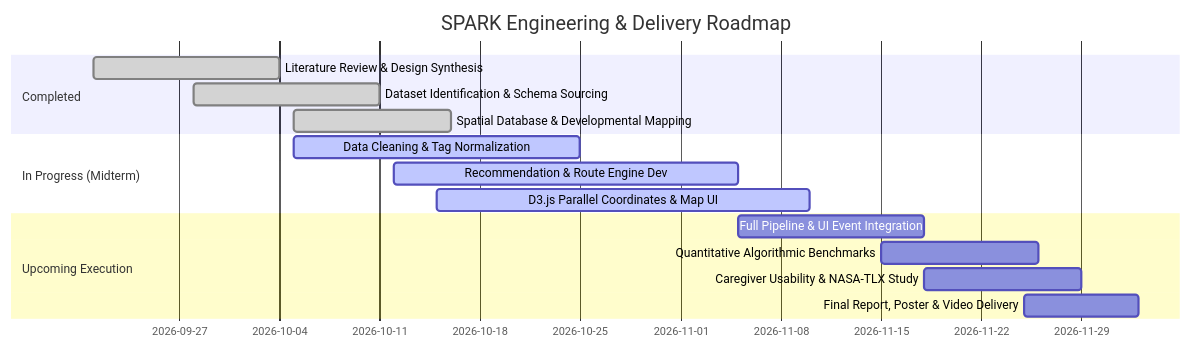
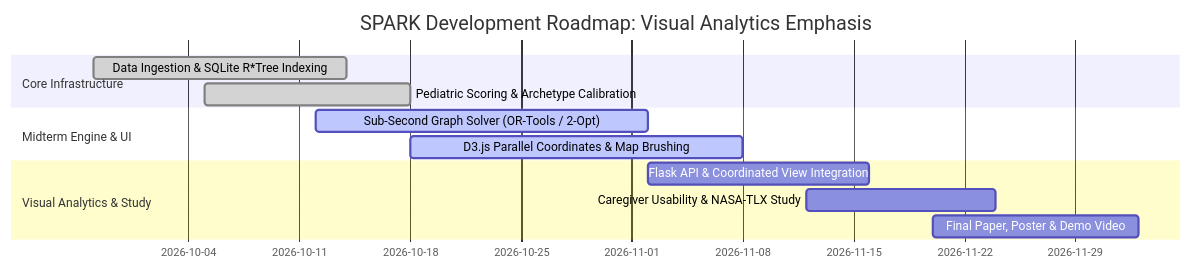
One commit to manoj-android/cse-6242-project changed the third of 3 diagrams in projectwork/docs/progress_report.md. Above: the diagram before and after it, drawn with Mermaid. The commit also changed other lines of this file and 1 other file, not shown here.

Commit message:
updated progress report

````diff
--- a/projectwork/docs/progress_report.md
+++ b/projectwork/docs/progress_report.md
@@ -236,18 +191,15 @@
 ```mermaid
 gantt
     dateFormat  YYYY-MM-DD
-    title SPARK Engineering & Delivery Roadmap
-    section Completed
-    Literature Review & Design Synthesis       :done, des1, 2026-09-21, 2026-10-04
-    Dataset Identification & Schema Sourcing   :done, des2, 2026-09-28, 2026-10-11
-    Spatial Database & Developmental Mapping   :done, des3, 2026-10-05, 2026-10-16
-    section In Progress (Midterm)
-    Data Cleaning & Tag Normalization          :active, des4, 2026-10-05, 2026-10-25
-    Recommendation & Route Engine Dev          :active, des5, 2026-10-12, 2026-11-05
-    D3.js Parallel Coordinates & Map UI        :active, des6, 2026-10-15, 2026-11-10
-    section Upcoming Execution
-    Full Pipeline & UI Event Integration       :des7, 2026-11-05, 2026-11-18
-    Quantitative Algorithmic Benchmarks        :des8, 2026-11-15, 2026-11-26
-    Caregiver Usability & NASA-TLX Study       :des9, 2026-11-18, 2026-11-29
-    Final Report, Poster & Video Delivery      :des10, 2026-11-25, 2026-12-03
+    title SPARK Development Roadmap: Visual Analytics Emphasis
+    section Core Infrastructure
+    Data Ingestion & SQLite R*Tree Indexing     :done, m1, 2026-09-28, 2026-10-14
+    Pediatric Scoring & Archetype Calibration   :done, m2, 2026-10-05, 2026-10-18
+    section Midterm Engine & UI
+    Sub-Second Graph Solver (OR-Tools / 2-Opt)  :active, m3, 2026-10-12, 2026-11-02
+    D3.js Parallel Coordinates & Map Brushing   :active, m4, 2026-10-18, 2026-11-08
+    section Visual Analytics & Study
+    Flask API & Coordinated View Integration   :m5, 2026-11-02, 2026-11-16
+    Caregiver Usability & NASA-TLX Study        :m6, 2026-11-12, 2026-11-24
+    Final Paper, Poster & Demo Video            :m7, 2026-11-20, 2026-12-03
 ```
````
